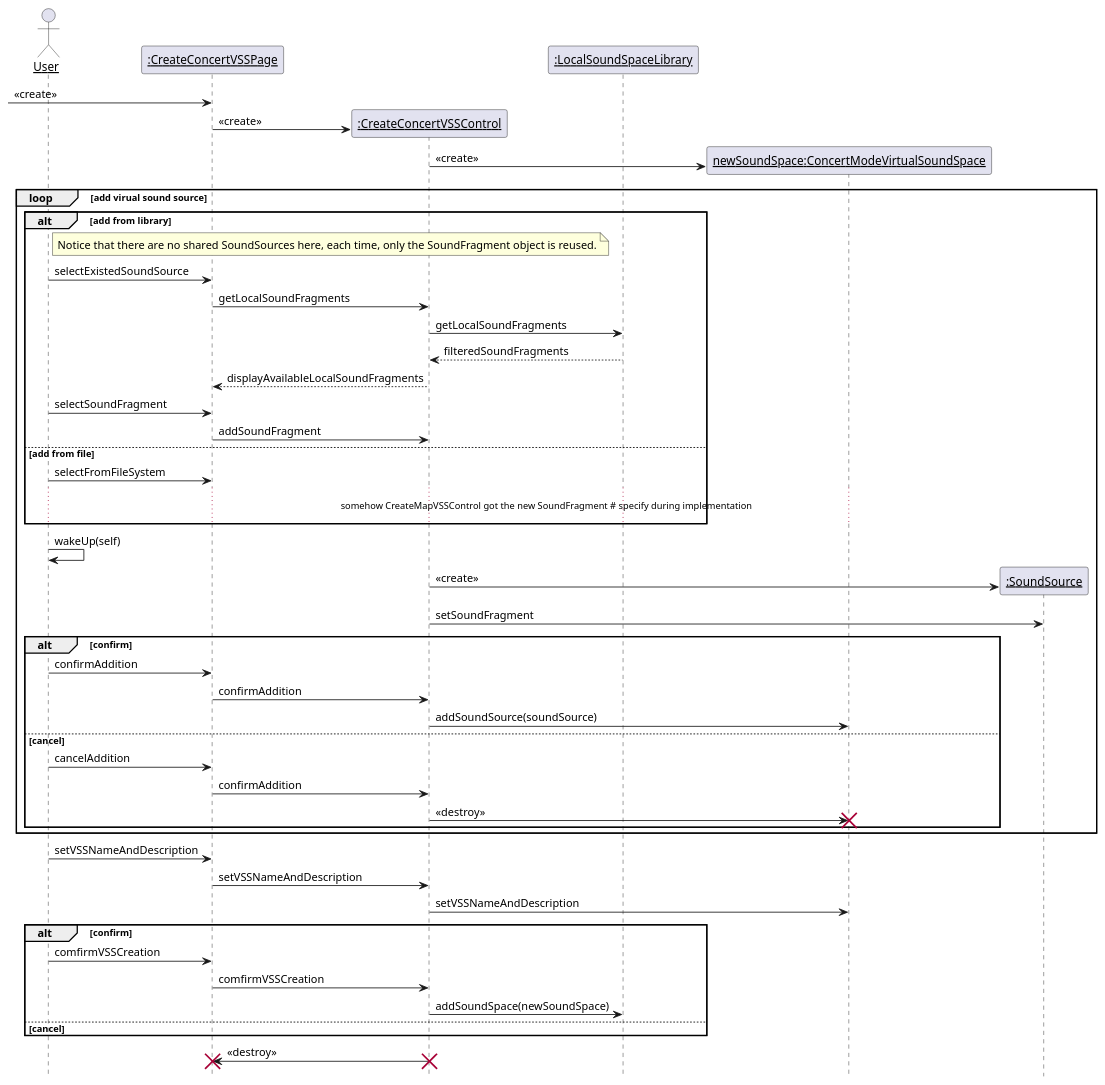
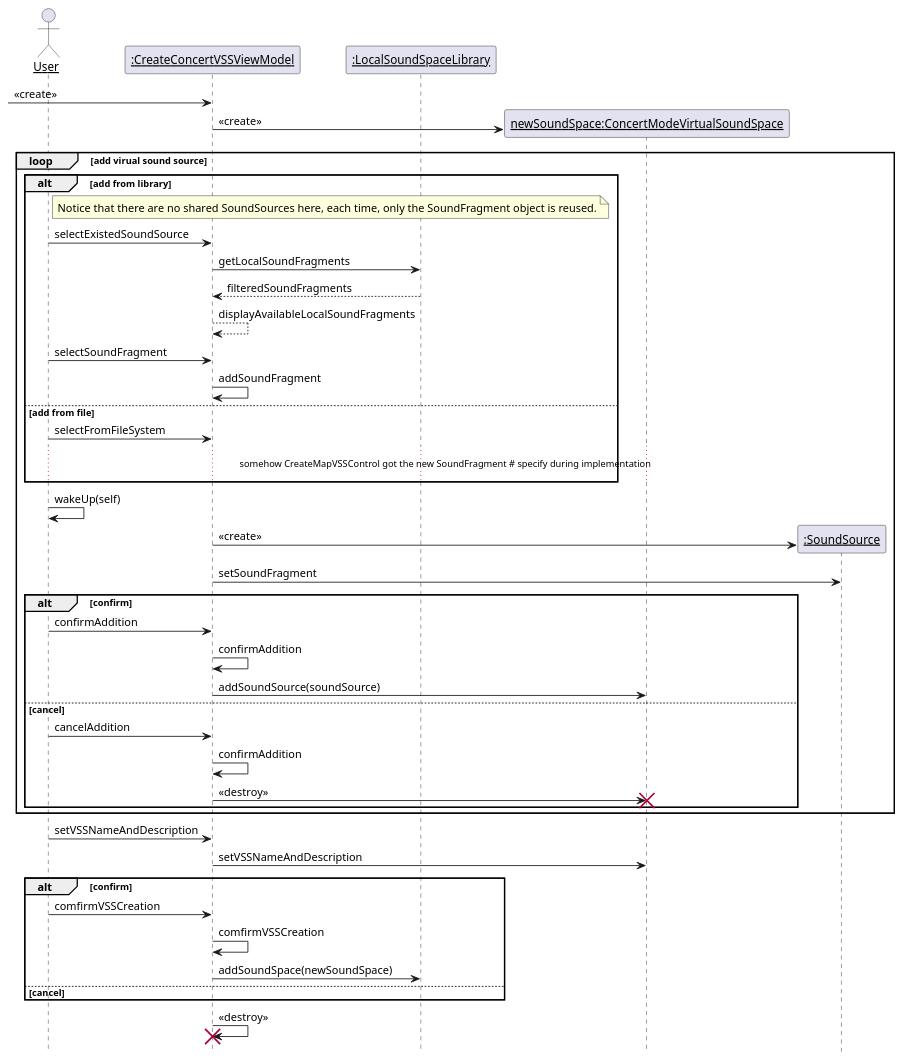
Diagram 12 of 26 in 设计/顺序图.md (kpp19920121/doc), drawn with PlantUML before and after one commit. The commit also changed other lines of this file and 6 other files, not shown here.

First line of the commit message:
修改顺序图到8

````diff
--- a/设计/顺序图.md
+++ b/设计/顺序图.md
@@ -419,66 +411,60 @@
 ```PlantUML
 @startuml Diagrams/CreateConcertModeVSS
 hide footbox
 skinparam sequenceParticipant underline
 
 
 actor User as user
-participant ":CreateConcertVSSPage" as createboundary
-participant ":CreateConcertVSSControl" as createcontrol
+participant ":CreateConcertVSSViewModel" as createboundary
 participant ":LocalSoundSpaceLibrary" as library
 participant "newSoundSpace:ConcertModeVirtualSoundSpace" as newspace
 
 create createboundary
 -> createboundary: <<create>>
-create createcontrol
-createboundary -> createcontrol: <<create>>
 create newspace
-createcontrol -> newspace: <<create>>
+createboundary -> newspace: <<create>>
 
 loop add virual sound source
     alt add from library
         note right of user: Notice that there are no shared SoundSources here, each time, only the SoundFragment object is reused.
         user -> createboundary: selectExistedSoundSource
-        createboundary -> createcontrol: getLocalSoundFragments
-        createcontrol -> library: getLocalSoundFragments
-        library --> createcontrol: filteredSoundFragments
-        createcontrol --> createboundary: displayAvailableLocalSoundFragments
+        createboundary -> library: getLocalSoundFragments
+        library --> createboundary: filteredSoundFragments
+        createboundary --> createboundary: displayAvailableLocalSoundFragments
         user -> createboundary: selectSoundFragment
-        createboundary -> createcontrol: addSoundFragment
+        createboundary -> createboundary: addSoundFragment
     else add from file
         user -> createboundary: selectFromFileSystem
         ...somehow CreateMapVSSControl got the new SoundFragment # specify during implementation...
     end
 
 
     participant ":SoundSource" as source
     user -> user: wakeUp(self)
     create source
-    createcontrol -> source: <<create>>
-    createcontrol -> source: setSoundFragment
+    createboundary -> source: <<create>>
+    createboundary -> source: setSoundFragment
     alt confirm
         user -> createboundary: confirmAddition
-        createboundary -> createcontrol: confirmAddition
-        createcontrol -> newspace: addSoundSource(soundSource)
+        createboundary -> createboundary: confirmAddition
+        createboundary -> newspace: addSoundSource(soundSource)
     else cancel
         user -> createboundary: cancelAddition
-        createboundary -> createcontrol: confirmAddition
-        createcontrol -> newspace: <<destroy>>
+        createboundary -> createboundary: confirmAddition
+        createboundary -> newspace: <<destroy>>
         destroy newspace
     end
 
 end
 user -> createboundary: setVSSNameAndDescription
-createboundary -> createcontrol: setVSSNameAndDescription
-createcontrol -> newspace: setVSSNameAndDescription
+createboundary -> newspace: setVSSNameAndDescription
 alt confirm
     user -> createboundary: comfirmVSSCreation
-    createboundary -> createcontrol: comfirmVSSCreation
-    createcontrol -> library: addSoundSpace(newSoundSpace)
+    createboundary -> createboundary: comfirmVSSCreation
+    createboundary -> library: addSoundSpace(newSoundSpace)
 else cancel
 end
-createcontrol -> createboundary: <<destroy>>
+createboundary -> createboundary: <<destroy>>
 destroy createboundary
-destroy createcontrol
 @enduml
 ```
````
